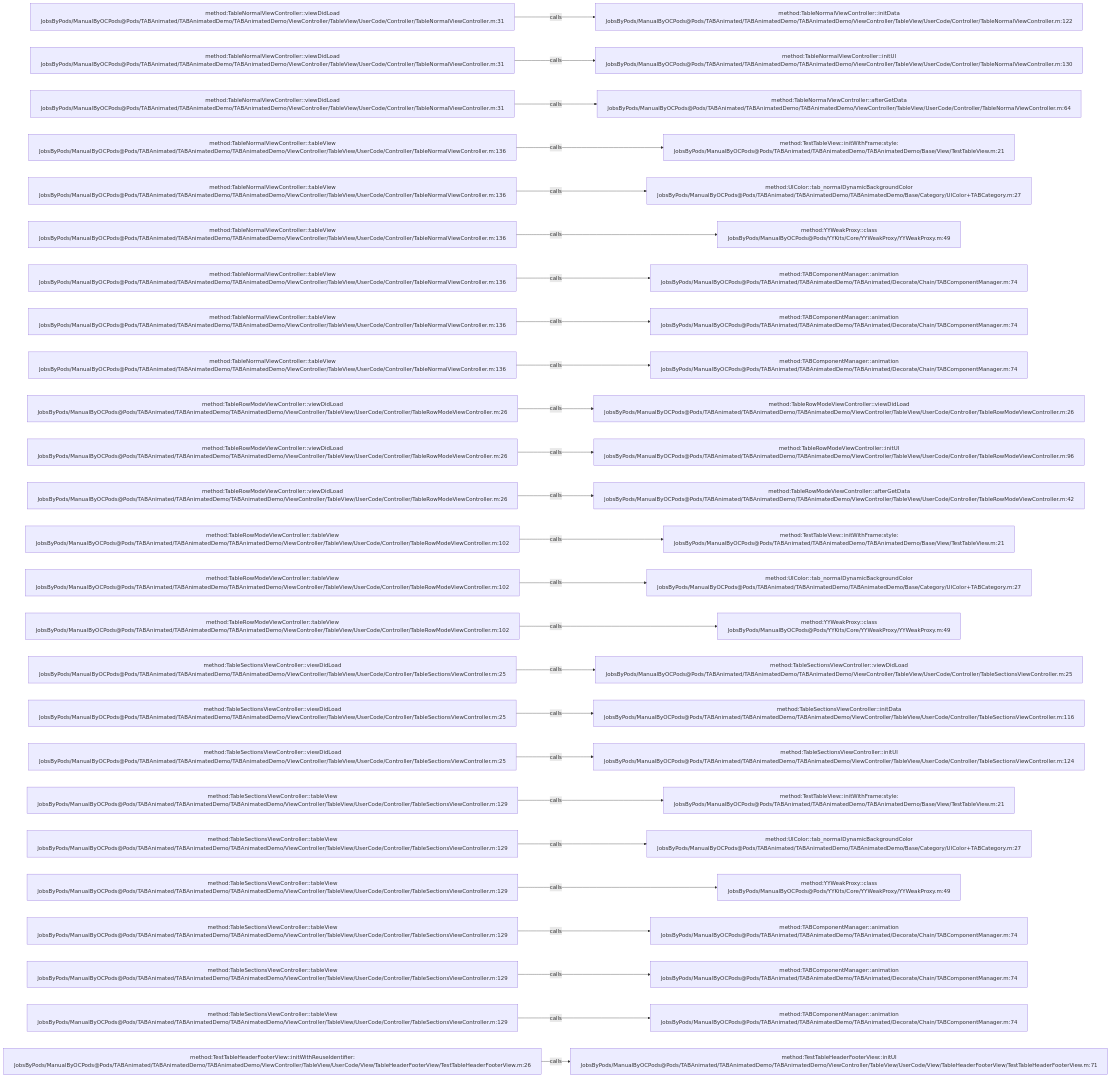
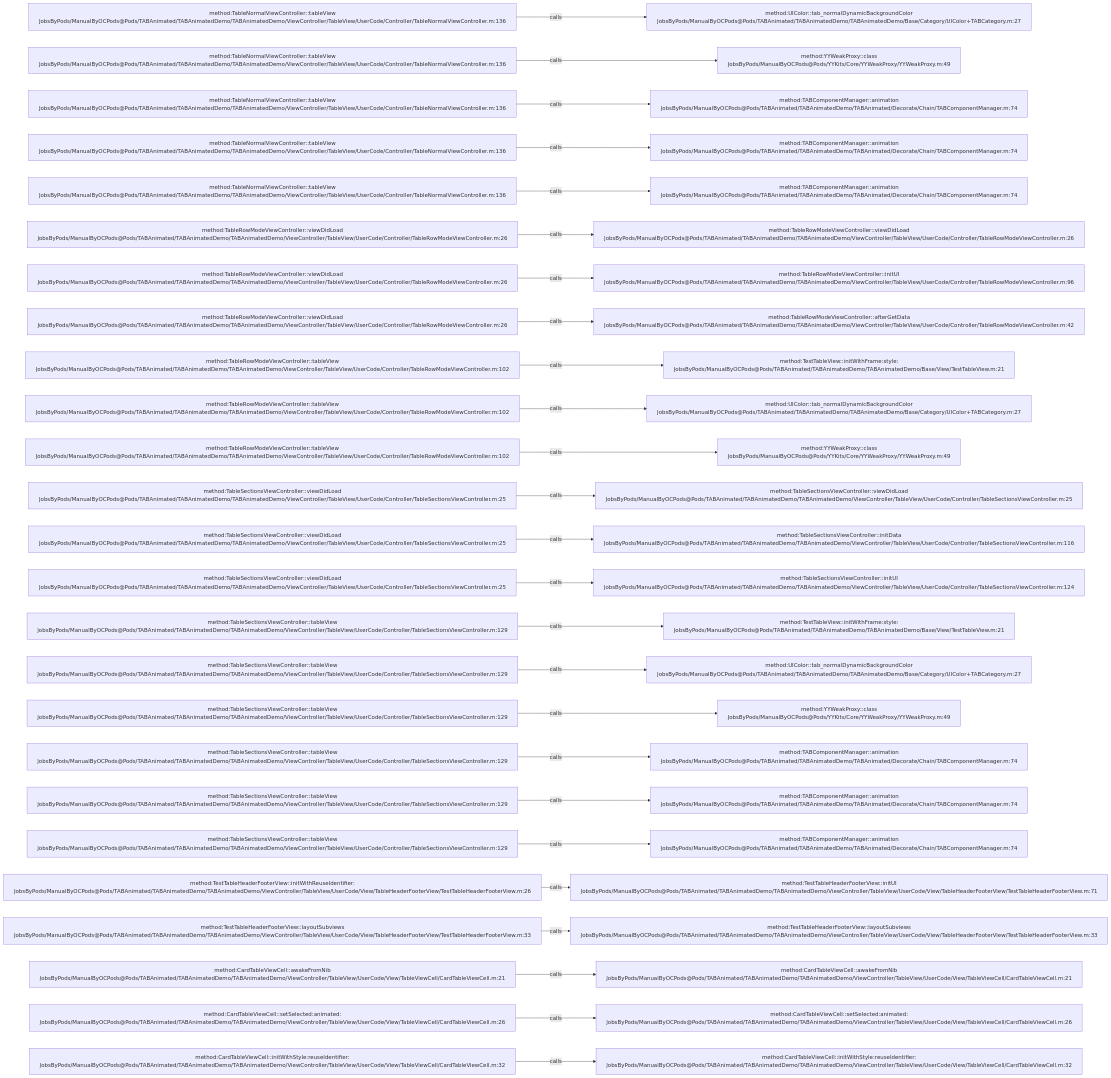
One commit to JobsKits/JobsOCBaseConfigDemo changed the diagram in .codegraph/codegraph.md/graphs/calls-063.md. Above: the diagram before and after it, drawn with Mermaid. The commit also changed 727 other files, not shown here.

````diff
--- a/.codegraph/codegraph.md/graphs/calls-063.md
+++ b/.codegraph/codegraph.md/graphs/calls-063.md
@@ -13,78 +13,78 @@
 ```mermaid
 flowchart LR
-  S1["method:TableNormalViewController::viewDidLoad<br/>JobsByPods/ManualByOCPods@Pods/TABAnimated/TABAnimatedDemo/TABAnimatedDemo/ViewController/TableView/UserCode/Controller/TableNormalViewController.m:31"]
-  T1["method:TableNormalViewController::initData<br/>JobsByPods/ManualByOCPods@Pods/TABAnimated/TABAnimatedDemo/TABAnimatedDemo/ViewController/TableView/UserCode/Controller/TableNormalViewController.m:122"]
+  S1["method:TableNormalViewController::tableView<br/>JobsByPods/ManualByOCPods@Pods/TABAnimated/TABAnimatedDemo/TABAnimatedDemo/ViewController/TableView/UserCode/Controller/TableNormalViewController.m:136"]
+  T1["method:UIColor::tab_normalDynamicBackgroundColor<br/>JobsByPods/ManualByOCPods@Pods/TABAnimated/TABAnimatedDemo/TABAnimatedDemo/Base/Category/UIColor+TABCategory.m:27"]
   S1 -->|calls| T1
-  S2["method:TableNormalViewController::viewDidLoad<br/>JobsByPods/ManualByOCPods@Pods/TABAnimated/TABAnimatedDemo/TABAnimatedDemo/ViewController/TableView/UserCode/Controller/TableNormalViewController.m:31"]
-  T2["method:TableNormalViewController::initUI<br/>JobsByPods/ManualByOCPods@Pods/TABAnimated/TABAnimatedDemo/TABAnimatedDemo/ViewController/TableView/UserCode/Controller/TableNormalViewController.m:130"]
+  S2["method:TableNormalViewController::tableView<br/>JobsByPods/ManualByOCPods@Pods/TABAnimated/TABAnimatedDemo/TABAnimatedDemo/ViewController/TableView/UserCode/Controller/TableNormalViewController.m:136"]
+  T2["method:YYWeakProxy::class<br/>JobsByPods/ManualByOCPods@Pods/YYKits/Core/YYWeakProxy/YYWeakProxy.m:49"]
   S2 -->|calls| T2
-  S3["method:TableNormalViewController::viewDidLoad<br/>JobsByPods/ManualByOCPods@Pods/TABAnimated/TABAnimatedDemo/TABAnimatedDemo/ViewController/TableView/UserCode/Controller/TableNormalViewController.m:31"]
-  T3["method:TableNormalViewController::afterGetData<br/>JobsByPods/ManualByOCPods@Pods/TABAnimated/TABAnimatedDemo/TABAnimatedDemo/ViewController/TableView/UserCode/Controller/TableNormalViewController.m:64"]
+  S3["method:TableNormalViewController::tableView<br/>JobsByPods/ManualByOCPods@Pods/TABAnimated/TABAnimatedDemo/TABAnimatedDemo/ViewController/TableView/UserCode/Controller/TableNormalViewController.m:136"]
+  T3["method:TABComponentManager::animation<br/>JobsByPods/ManualByOCPods@Pods/TABAnimated/TABAnimatedDemo/TABAnimated/Decorate/Chain/TABComponentManager.m:74"]
   S3 -->|calls| T3
   S4["method:TableNormalViewController::tableView<br/>JobsByPods/ManualByOCPods@Pods/TABAnimated/TABAnimatedDemo/TABAnimatedDemo/ViewController/TableView/UserCode/Controller/TableNormalViewController.m:136"]
-  T4["method:TestTableView::initWithFrame:style:<br/>JobsByPods/ManualByOCPods@Pods/TABAnimated/TABAnimatedDemo/TABAnimatedDemo/Base/View/TestTableView.m:21"]
+  T4["method:TABComponentManager::animation<br/>JobsByPods/ManualByOCPods@Pods/TABAnimated/TABAnimatedDemo/TABAnimated/Decorate/Chain/TABComponentManager.m:74"]
   S4 -->|calls| T4
   S5["method:TableNormalViewController::tableView<br/>JobsByPods/ManualByOCPods@Pods/TABAnimated/TABAnimatedDemo/TABAnimatedDemo/ViewController/TableView/UserCode/Controller/TableNormalViewController.m:136"]
-  T5["method:UIColor::tab_normalDynamicBackgroundColor<br/>JobsByPods/ManualByOCPods@Pods/TABAnimated/TABAnimatedDemo/TABAnimatedDemo/Base/Category/UIColor+TABCategory.m:27"]
+  T5["method:TABComponentManager::animation<br/>JobsByPods/ManualByOCPods@Pods/TABAnimated/TABAnimatedDemo/TABAnimated/Decorate/Chain/TABComponentManager.m:74"]
   S5 -->|calls| T5
-  S6["method:TableNormalViewController::tableView<br/>JobsByPods/ManualByOCPods@Pods/TABAnimated/TABAnimatedDemo/TABAnimatedDemo/ViewController/TableView/UserCode/Controller/TableNormalViewController.m:136"]
-  T6["method:YYWeakProxy::class<br/>JobsByPods/ManualByOCPods@Pods/YYKits/Core/YYWeakProxy/YYWeakProxy.m:49"]
+  S6["method:TableRowModeViewController::viewDidLoad<br/>JobsByPods/ManualByOCPods@Pods/TABAnimated/TABAnimatedDemo/TABAnimatedDemo/ViewController/TableView/UserCode/Controller/TableRowModeViewController.m:26"]
+  T6["method:TableRowModeViewController::viewDidLoad<br/>JobsByPods/ManualByOCPods@Pods/TABAnimated/TABAnimatedDemo/TABAnimatedDemo/ViewController/TableView/UserCode/Controller/TableRowModeViewController.m:26"]
   S6 -->|calls| T6
-  S7["method:TableNormalViewController::tableView<br/>JobsByPods/ManualByOCPods@Pods/TABAnimated/TABAnimatedDemo/TABAnimatedDemo/ViewController/TableView/UserCode/Controller/TableNormalViewController.m:136"]
-  T7["method:TABComponentManager::animation<br/>JobsByPods/ManualByOCPods@Pods/TABAnimated/TABAnimatedDemo/TABAnimated/Decorate/Chain/TABComponentManager.m:74"]
+  S7["method:TableRowModeViewController::viewDidLoad<br/>JobsByPods/ManualByOCPods@Pods/TABAnimated/TABAnimatedDemo/TABAnimatedDemo/ViewController/TableView/UserCode/Controller/TableRowModeViewController.m:26"]
+  T7["method:TableRowModeViewController::initUI<br/>JobsByPods/ManualByOCPods@Pods/TABAnimated/TABAnimatedDemo/TABAnimatedDemo/ViewController/TableView/UserCode/Controller/TableRowModeViewController.m:96"]
   S7 -->|calls| T7
-  S8["method:TableNormalViewController::tableView<br/>JobsByPods/ManualByOCPods@Pods/TABAnimated/TABAnimatedDemo/TABAnimatedDemo/ViewController/TableView/UserCode/Controller/TableNormalViewController.m:136"]
-  T8["method:TABComponentManager::animation<br/>JobsByPods/ManualByOCPods@Pods/TABAnimated/TABAnimatedDemo/TABAnimated/Decorate/Chain/TABComponentManager.m:74"]
+  S8["method:TableRowModeViewController::viewDidLoad<br/>JobsByPods/ManualByOCPods@Pods/TABAnimated/TABAnimatedDemo/TABAnimatedDemo/ViewController/TableView/UserCode/Controller/TableRowModeViewController.m:26"]
+  T8["method:TableRowModeViewController::afterGetData<br/>JobsByPods/ManualByOCPods@Pods/TABAnimated/TABAnimatedDemo/TABAnimatedDemo/ViewController/TableView/UserCode/Controller/TableRowModeViewController.m:42"]
   S8 -->|calls| T8
-  S9["method:TableNormalViewController::tableView<br/>JobsByPods/ManualByOCPods@Pods/TABAnimated/TABAnimatedDemo/TABAnimatedDemo/ViewController/TableView/UserCode/Controller/TableNormalViewController.m:136"]
-  T9["method:TABComponentManager::animation<br/>JobsByPods/ManualByOCPods@Pods/TABAnimated/TABAnimatedDemo/TABAnimated/Decorate/Chain/TABComponentManager.m:74"]
+  S9["method:TableRowModeViewController::tableView<br/>JobsByPods/ManualByOCPods@Pods/TABAnimated/TABAnimatedDemo/TABAnimatedDemo/ViewController/TableView/UserCode/Controller/TableRowModeViewController.m:102"]
+  T9["method:TestTableView::initWithFrame:style:<br/>JobsByPods/ManualByOCPods@Pods/TABAnimated/TABAnimatedDemo/TABAnimatedDemo/Base/View/TestTableView.m:21"]
   S9 -->|calls| T9
-  S10["method:TableRowModeViewController::viewDidLoad<br/>JobsByPods/ManualByOCPods@Pods/TABAnimated/TABAnimatedDemo/TABAnimatedDemo/ViewController/TableView/UserCode/Controller/TableRowModeViewController.m:26"]
-  T10["method:TableRowModeViewController::viewDidLoad<br/>JobsByPods/ManualByOCPods@Pods/TABAnimated/TABAnimatedDemo/TABAnimatedDemo/ViewController/TableView/UserCode/Controller/TableRowModeViewController.m:26"]
+  S10["method:TableRowModeViewController::tableView<br/>JobsByPods/ManualByOCPods@Pods/TABAnimated/TABAnimatedDemo/TABAnimatedDemo/ViewController/TableView/UserCode/Controller/TableRowModeViewController.m:102"]
+  T10["method:UIColor::tab_normalDynamicBackgroundColor<br/>JobsByPods/ManualByOCPods@Pods/TABAnimated/TABAnimatedDemo/TABAnimatedDemo/Base/Category/UIColor+TABCategory.m:27"]
   S10 -->|calls| T10
-  S11["method:TableRowModeViewController::viewDidLoad<br/>JobsByPods/ManualByOCPods@Pods/TABAnimated/TABAnimatedDemo/TABAnimatedDemo/ViewController/TableView/UserCode/Controller/TableRowModeViewController.m:26"]
-  T11["method:TableRowModeViewController::initUI<br/>JobsByPods/ManualByOCPods@Pods/TABAnimated/TABAnimatedDemo/TABAnimatedDemo/ViewController/TableView/UserCode/Controller/TableRowModeViewController.m:96"]
+  S11["method:TableRowModeViewController::tableView<br/>JobsByPods/ManualByOCPods@Pods/TABAnimated/TABAnimatedDemo/TABAnimatedDemo/ViewController/TableView/UserCode/Controller/TableRowModeViewController.m:102"]
+  T11["method:YYWeakProxy::class<br/>JobsByPods/ManualByOCPods@Pods/YYKits/Core/YYWeakProxy/YYWeakProxy.m:49"]
   S11 -->|calls| T11
-  S12["method:TableRowModeViewController::viewDidLoad<br/>JobsByPods/ManualByOCPods@Pods/TABAnimated/TABAnimatedDemo/TABAnimatedDemo/ViewController/TableView/UserCode/Controller/TableRowModeViewController.m:26"]
-  T12["method:TableRowModeViewController::afterGetData<br/>JobsByPods/ManualByOCPods@Pods/TABAnimated/TABAnimatedDemo/TABAnimatedDemo/ViewController/TableView/UserCode/Controller/TableRowModeViewController.m:42"]
+  S12["method:TableSectionsViewController::viewDidLoad<br/>JobsByPods/ManualByOCPods@Pods/TABAnimated/TABAnimatedDemo/TABAnimatedDemo/ViewController/TableView/UserCode/Controller/TableSectionsViewController.m:25"]
+  T12["method:TableSectionsViewController::viewDidLoad<br/>JobsByPods/ManualByOCPods@Pods/TABAnimated/TABAnimatedDemo/TABAnimatedDemo/ViewController/TableView/UserCode/Controller/TableSectionsViewController.m:25"]
   S12 -->|calls| T12
-  S13["method:TableRowModeViewController::tableView<br/>JobsByPods/ManualByOCPods@Pods/TABAnimated/TABAnimatedDemo/TABAnimatedDemo/ViewController/TableView/UserCode/Controller/TableRowModeViewController.m:102"]
-  T13["method:TestTableView::initWithFrame:style:<br/>JobsByPods/ManualByOCPods@Pods/TABAnimated/TABAnimatedDemo/TABAnimatedDemo/Base/View/TestTableView.m:21"]
+  S13["method:TableSectionsViewController::viewDidLoad<br/>JobsByPods/ManualByOCPods@Pods/TABAnimated/TABAnimatedDemo/TABAnimatedDemo/ViewController/TableView/UserCode/Controller/TableSectionsViewController.m:25"]
+  T13["method:TableSectionsViewController::initData<br/>JobsByPods/ManualByOCPods@Pods/TABAnimated/TABAnimatedDemo/TABAnimatedDemo/ViewController/TableView/UserCode/Controller/TableSectionsViewController.m:116"]
   S13 -->|calls| T13
-  S14["method:TableRowModeViewController::tableView<br/>JobsByPods/ManualByOCPods@Pods/TABAnimated/TABAnimatedDemo/TABAnimatedDemo/ViewController/TableView/UserCode/Controller/TableRowModeViewController.m:102"]
-  T14["method:UIColor::tab_normalDynamicBackgroundColor<br/>JobsByPods/ManualByOCPods@Pods/TABAnimated/TABAnimatedDemo/TABAnimatedDemo/Base/Category/UIColor+TABCategory.m:27"]
+  S14["method:TableSectionsViewController::viewDidLoad<br/>JobsByPods/ManualByOCPods@Pods/TABAnimated/TABAnimatedDemo/TABAnimatedDemo/ViewController/TableView/UserCode/Controller/TableSectionsViewController.m:25"]
+  T14["method:TableSectionsViewController::initUI<br/>JobsByPods/ManualByOCPods@Pods/TABAnimated/TABAnimatedDemo/TABAnimatedDemo/ViewController/TableView/UserCode/Controller/TableSectionsViewController.m:124"]
   S14 -->|calls| T14
-  S15["method:TableRowModeViewController::tableView<br/>JobsByPods/ManualByOCPods@Pods/TABAnimated/TABAnimatedDemo/TABAnimatedDemo/ViewController/TableView/UserCode/Controller/TableRowModeViewController.m:102"]
-  T15["method:YYWeakProxy::class<br/>JobsByPods/ManualByOCPods@Pods/YYKits/Core/YYWeakProxy/YYWeakProxy.m:49"]
+  S15["method:TableSectionsViewController::tableView<br/>JobsByPods/ManualByOCPods@Pods/TABAnimated/TABAnimatedDemo/TABAnimatedDemo/ViewController/TableView/UserCode/Controller/TableSectionsViewController.m:129"]
+  T15["method:TestTableView::initWithFrame:style:<br/>JobsByPods/ManualByOCPods@Pods/TABAnimated/TABAnimatedDemo/TABAnimatedDemo/Base/View/TestTableView.m:21"]
   S15 -->|calls| T15
-  S16["method:TableSectionsViewController::viewDidLoad<br/>JobsByPods/ManualByOCPods@Pods/TABAnimated/TABAnimatedDemo/TABAnimatedDemo/ViewController/TableView/UserCode/Controller/TableSectionsViewController.m:25"]
-  T16["method:TableSectionsViewController::viewDidLoad<br/>JobsByPods/ManualByOCPods@Pods/TABAnimated/TABAnimatedDemo/TABAnimatedDemo/ViewController/TableView/UserCode/Controller/TableSectionsViewController.m:25"]
+  S16["method:TableSectionsViewController::tableView<br/>JobsByPods/ManualByOCPods@Pods/TABAnimated/TABAnimatedDemo/TABAnimatedDemo/ViewController/TableView/UserCode/Controller/TableSectionsViewController.m:129"]
+  T16["method:UIColor::tab_normalDynamicBackgroundColor<br/>JobsByPods/ManualByOCPods@Pods/TABAnimated/TABAnimatedDemo/TABAnimatedDemo/Base/Category/UIColor+TABCategory.m:27"]
   S16 -->|calls| T16
-  S17["method:TableSectionsViewController::viewDidLoad<br/>JobsByPods/ManualByOCPods@Pods/TABAnimated/TABAnimatedDemo/TABAnimatedDemo/ViewController/TableView/UserCode/Controller/TableSectionsViewController.m:25"]
-  T17["method:TableSectionsViewController::initData<br/>JobsByPods/ManualByOCPods@Pods/TABAnimated/TABAnimatedDemo/TABAnimatedDemo/ViewController/TableView/UserCode/Controller/TableSectionsViewController.m:116"]
+  S17["method:TableSectionsViewController::tableView<br/>JobsByPods/ManualByOCPods@Pods/TABAnimated/TABAnimatedDemo/TABAnimatedDemo/ViewController/TableView/UserCode/Controller/TableSectionsViewController.m:129"]
+  T17["method:YYWeakProxy::class<br/>JobsByPods/ManualByOCPods@Pods/YYKits/Core/YYWeakProxy/YYWeakProxy.m:49"]
   S17 -->|calls| T17
-  S18["method:TableSectionsViewController::viewDidLoad<br/>JobsByPods/ManualByOCPods@Pods/TABAnimated/TABAnimatedDemo/TABAnimatedDemo/ViewController/TableView/UserCode/Controller/TableSectionsViewController.m:25"]
-  T18["method:TableSectionsViewController::initUI<br/>JobsByPods/ManualByOCPods@Pods/TABAnimated/TABAnimatedDemo/TABAnimatedDemo/ViewController/TableView/UserCode/Controller/TableSectionsViewController.m:124"]
+  S18["method:TableSectionsViewController::tableView<br/>JobsByPods/ManualByOCPods@Pods/TABAnimated/TABAnimatedDemo/TABAnimatedDemo/ViewController/TableView/UserCode/Controller/TableSectionsViewController.m:129"]
+  T18["method:TABComponentManager::animation<br/>JobsByPods/ManualByOCPods@Pods/TABAnimated/TABAnimatedDemo/TABAnimated/Decorate/Chain/TABComponentManager.m:74"]
   S18 -->|calls| T18
   S19["method:TableSectionsViewController::tableView<br/>JobsByPods/ManualByOCPods@Pods/TABAnimated/TABAnimatedDemo/TABAnimatedDemo/ViewController/TableView/UserCode/Controller/TableSectionsViewController.m:129"]
-  T19["method:TestTableView::initWithFrame:style:<br/>JobsByPods/ManualByOCPods@Pods/TABAnimated/TABAnimatedDemo/TABAnimatedDemo/Base/View/TestTableView.m:21"]
+  T19["method:TABComponentManager::animation<br/>JobsByPods/ManualByOCPods@Pods/TABAnimated/TABAnimatedDemo/TABAnimated/Decorate/Chain/TABComponentManager.m:74"]
   S19 -->|calls| T19
   S20["method:TableSectionsViewController::tableView<br/>JobsByPods/ManualByOCPods@Pods/TABAnimated/TABAnimatedDemo/TABAnimatedDemo/ViewController/TableView/UserCode/Controller/TableSectionsViewController.m:129"]
-  T20["method:UIColor::tab_normalDynamicBackgroundColor<br/>JobsByPods/ManualByOCPods@Pods/TABAnimated/TABAnimatedDemo/TABAnimatedDemo/Base/Category/UIColor+TABCategory.m:27"]
+  T20["method:TABComponentManager::animation<br/>JobsByPods/ManualByOCPods@Pods/TABAnimated/TABAnimatedDemo/TABAnimated/Decorate/Chain/TABComponentManager.m:74"]
   S20 -->|calls| T20
-  S21["method:TableSectionsViewController::tableView<br/>JobsByPods/ManualByOCPods@Pods/TABAnimated/TABAnimatedDemo/TABAnimatedDemo/ViewController/TableView/UserCode/Controller/TableSectionsViewController.m:129"]
-  T21["method:YYWeakProxy::class<br/>JobsByPods/ManualByOCPods@Pods/YYKits/Core/YYWeakProxy/YYWeakProxy.m:49"]
+  S21["method:TestTableHeaderFooterView::initWithReuseIdentifier:<br/>JobsByPods/ManualByOCPods@Pods/TABAnimated/TABAnimatedDemo/TABAnimatedDemo/ViewController/TableView/UserCode/View/TableHeaderFooterView/TestTableHeaderFooterView.m:26"]
+  T21["method:TestTableHeaderFooterView::initUI<br/>JobsByPods/ManualByOCPods@Pods/TABAnimated/TABAnimatedDemo/TABAnimatedDemo/ViewController/TableView/UserCode/View/TableHeaderFooterView/TestTableHeaderFooterView.m:71"]
   S21 -->|calls| T21
-  S22["method:TableSectionsViewController::tableView<br/>JobsByPods/ManualByOCPods@Pods/TABAnimated/TABAnimatedDemo/TABAnimatedDemo/ViewController/TableView/UserCode/Controller/TableSectionsViewController.m:129"]
-  T22["method:TABComponentManager::animation<br/>JobsByPods/ManualByOCPods@Pods/TABAnimated/TABAnimatedDemo/TABAnimated/Decorate/Chain/TABComponentManager.m:74"]
+  S22["method:TestTableHeaderFooterView::layoutSubviews<br/>JobsByPods/ManualByOCPods@Pods/TABAnimated/TABAnimatedDemo/TABAnimatedDemo/ViewController/TableView/UserCode/View/TableHeaderFooterView/TestTableHeaderFooterView.m:33"]
+  T22["method:TestTableHeaderFooterView::layoutSubviews<br/>JobsByPods/ManualByOCPods@Pods/TABAnimated/TABAnimatedDemo/TABAnimatedDemo/ViewController/TableView/UserCode/View/TableHeaderFooterView/TestTableHeaderFooterView.m:33"]
   S22 -->|calls| T22
-  S23["method:TableSectionsViewController::tableView<br/>JobsByPods/ManualByOCPods@Pods/TABAnimated/TABAnimatedDemo/TABAnimatedDemo/ViewController/TableView/UserCode/Controller/TableSectionsViewController.m:129"]
-  T23["method:TABComponentManager::animation<br/>JobsByPods/ManualByOCPods@Pods/TABAnimated/TABAnimatedDemo/TABAnimated/Decorate/Chain/TABComponentManager.m:74"]
+  S23["method:CardTableViewCell::awakeFromNib<br/>JobsByPods/ManualByOCPods@Pods/TABAnimated/TABAnimatedDemo/TABAnimatedDemo/ViewController/TableView/UserCode/View/TableViewCell/CardTableViewCell.m:21"]
+  T23["method:CardTableViewCell::awakeFromNib<br/>JobsByPods/ManualByOCPods@Pods/TABAnimated/TABAnimatedDemo/TABAnimatedDemo/ViewController/TableView/UserCode/View/TableViewCell/CardTableViewCell.m:21"]
   S23 -->|calls| T23
-  S24["method:TableSectionsViewController::tableView<br/>JobsByPods/ManualByOCPods@Pods/TABAnimated/TABAnimatedDemo/TABAnimatedDemo/ViewController/TableView/UserCode/Controller/TableSectionsViewController.m:129"]
-  T24["method:TABComponentManager::animation<br/>JobsByPods/ManualByOCPods@Pods/TABAnimated/TABAnimatedDemo/TABAnimated/Decorate/Chain/TABComponentManager.m:74"]
+  S24["method:CardTableViewCell::setSelected:animated:<br/>JobsByPods/ManualByOCPods@Pods/TABAnimated/TABAnimatedDemo/TABAnimatedDemo/ViewController/TableView/UserCode/View/TableViewCell/CardTableViewCell.m:26"]
+  T24["method:CardTableViewCell::setSelected:animated:<br/>JobsByPods/ManualByOCPods@Pods/TABAnimated/TABAnimatedDemo/TABAnimatedDemo/ViewController/TableView/UserCode/View/TableViewCell/CardTableViewCell.m:26"]
   S24 -->|calls| T24
-  S25["method:TestTableHeaderFooterView::initWithReuseIdentifier:<br/>JobsByPods/ManualByOCPods@Pods/TABAnimated/TABAnimatedDemo/TABAnimatedDemo/ViewController/TableView/UserCode/View/TableHeaderFooterView/TestTableHeaderFooterView.m:26"]
-  T25["method:TestTableHeaderFooterView::initUI<br/>JobsByPods/ManualByOCPods@Pods/TABAnimated/TABAnimatedDemo/TABAnimatedDemo/ViewController/TableView/UserCode/View/TableHeaderFooterView/TestTableHeaderFooterView.m:71"]
+  S25["method:CardTableViewCell::initWithStyle:reuseIdentifier:<br/>JobsByPods/ManualByOCPods@Pods/TABAnimated/TABAnimatedDemo/TABAnimatedDemo/ViewController/TableView/UserCode/View/TableViewCell/CardTableViewCell.m:32"]
+  T25["method:CardTableViewCell::initWithStyle:reuseIdentifier:<br/>JobsByPods/ManualByOCPods@Pods/TABAnimated/TABAnimatedDemo/TABAnimatedDemo/ViewController/TableView/UserCode/View/TableViewCell/CardTableViewCell.m:32"]
   S25 -->|calls| T25
 ```
````
